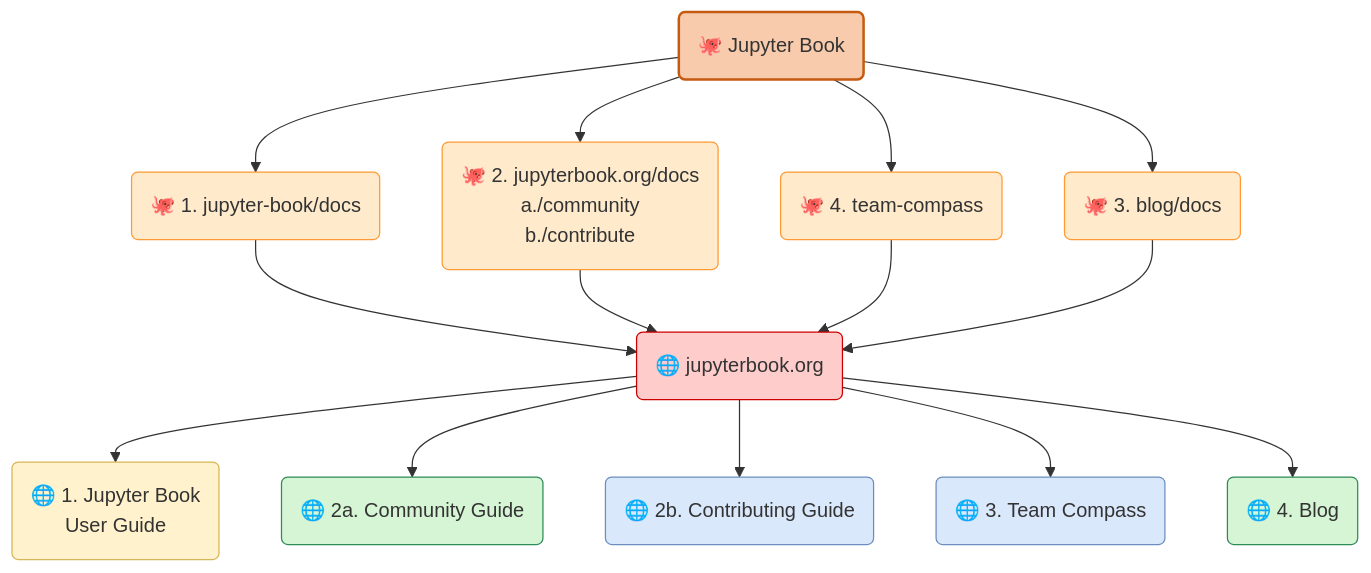
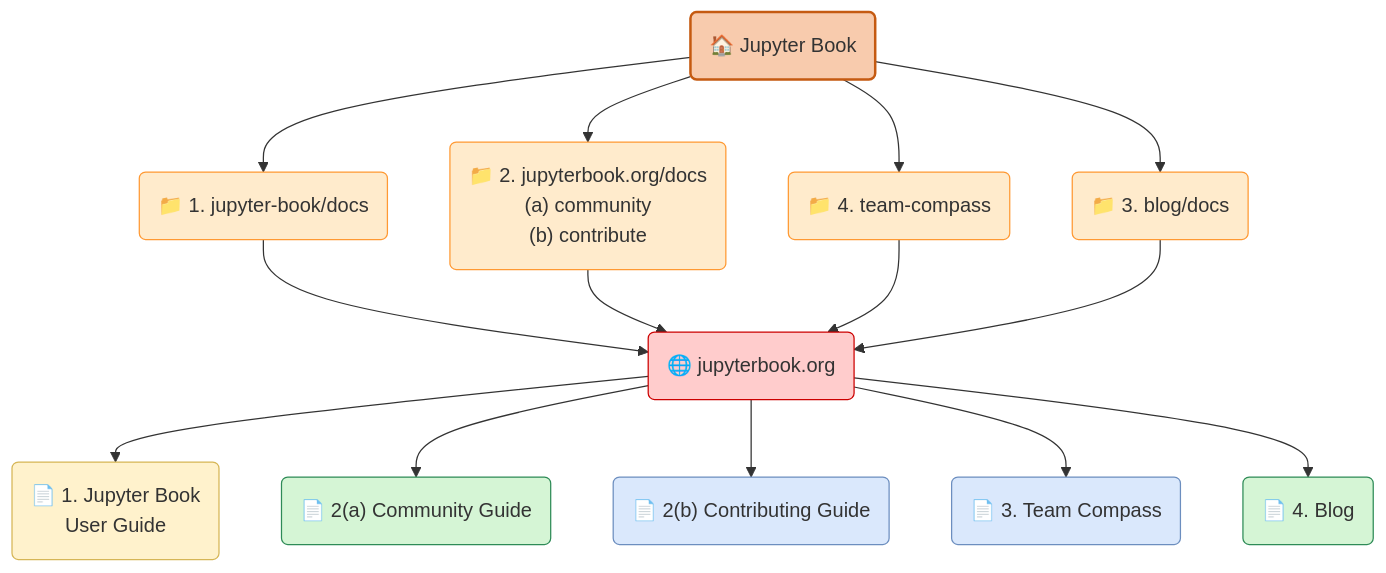
The second of 4 diagrams in docs/posts/2026/03-cm-jb-myst-docs.md (sbonaretti/jupyter-book-blog), drawn with Mermaid before and after one commit. The commit also changed other lines of this file and 2 other files, not shown here.

````diff
--- a/docs/posts/2026/03-cm-jb-myst-docs.md
+++ b/docs/posts/2026/03-cm-jb-myst-docs.md
@@ -30,56 +52,57 @@
 ```mermaid
 flowchart TD;
     
     %% organization
-    JB("🐙 Jupyter Book")
+    JB("🏠 Jupyter Book")
 
     %% repos
-    JB_main("🐙 1. jupyter-book/docs")
-    JB_org_repo("🐙 2. jupyterbook.org/docs<br>a./community<br>b./contribute")
-    JB_blog_repo("🐙 3. blog/docs")
-    JB_tc_repo("🐙 4. team-compass")
+    JB_main("📁 1. jupyter-book/docs")
+    JB_org_repo("📁 2. jupyterbook.org/docs<br>(a) community<br>(b) contribute")
+    JB_blog_repo("📁 3. blog/docs")
+    JB_tc_repo("📁 4. team-compass")
 
     %% websites
     JB_org_ws("🌐 jupyterbook.org")
 
     %% sections
-    JB_UG("🌐 1. Jupyter Book<br>User Guide")
-    JB_CommG("🌐 2a. Community Guide")
-    JB_ContG("🌐 2b. Contributing Guide")
-    JB_tc("🌐 3. Team Compass")
-    JB_blog("🌐 4. Blog")
+    JB_UG("📄 1. Jupyter Book<br>User Guide")
+    JB_CommG("📄 2(a) Community Guide")
+    JB_ContG("📄 2(b) Contributing Guide")
+    JB_tc("📄 3. Team Compass")
+    JB_blog("📄 4. Blog")
+
+    
           
     %% links organization-to-repo
     JB-->JB_main
     JB-->JB_org_repo
     JB-->JB_tc_repo
     JB-->JB_blog_repo
 
     %% links repo-to-websites
     JB_main-->JB_org_ws
     JB_org_repo-->JB_org_ws
     JB_tc_repo-->JB_org_ws
     JB_blog_repo-->JB_org_ws
 
     %%links website-to-section
     JB_org_ws-->JB_UG
     JB_org_ws-->JB_CommG
     JB_org_ws-->JB_ContG
     JB_org_ws-->JB_tc
     JB_org_ws-->JB_blog
     
     %% colors
      classDef orange fill:#F8CBAD,stroke:#C55A11,stroke-width:2px,font-size:26px //orange
         class JB orange
     classDef lightorange fill:#ffebcc, stroke:#ff9933, stroke-width:2px // light orange
         class JB_main,JB_org_repo,JB_blog_repo,JB_tc_repo,myst_main_repo,myst_org_repo,myst_ep_repo, lightorange
     classDef red fill:#ffcccc,stroke:#cc0000,stroke-width:2px // red    
         class JB_org_ws red
     classDef yellow fill:#fff2cc,stroke:#d6b656,stroke-width:2px // yellow    
         class JB_UG yellow
     classDef green fill:#d5f5d5,stroke:#2e8b57,stroke-width:2px // green
         class JB_CommG,JB_blog green
     classDef blue fill:#dae8fc,stroke:#6c8ebf,stroke-width:2px // blue
         class JB_ContG,JB_tc blue
-
 ```
````
